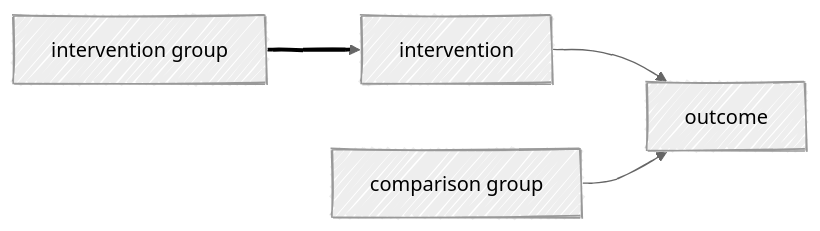
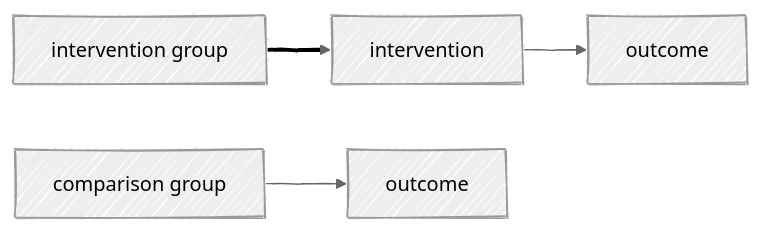
Before and after one commit to agrogan1/closeread: the second of 3 diagrams in multivariate/multivariate.md, drawn with Mermaid.

Commit message:
Update flowchart outcomes in multivariate.md

````diff
--- a/multivariate/multivariate.md
+++ b/multivariate/multivariate.md
@@ -26,18 +26,18 @@
 ```mermaid
 ---
 config:
   look: handDrawn
   theme: neutral
 ---
 
 flowchart LR
 
   interventiongroup["intervention group"] --> intervention
 
-  intervention[intervention] --> outcome[outcome]
+  intervention[intervention] --> outcome1[outcome]
 
-  comparisongroup["comparison group"] --> outcome
+  comparisongroup["comparison group"] --> outcome0[outcome]
 
   linkStyle 0 stroke:#000000,stroke-width:3px,font-size:36px,color:black;
 
 ```
````
